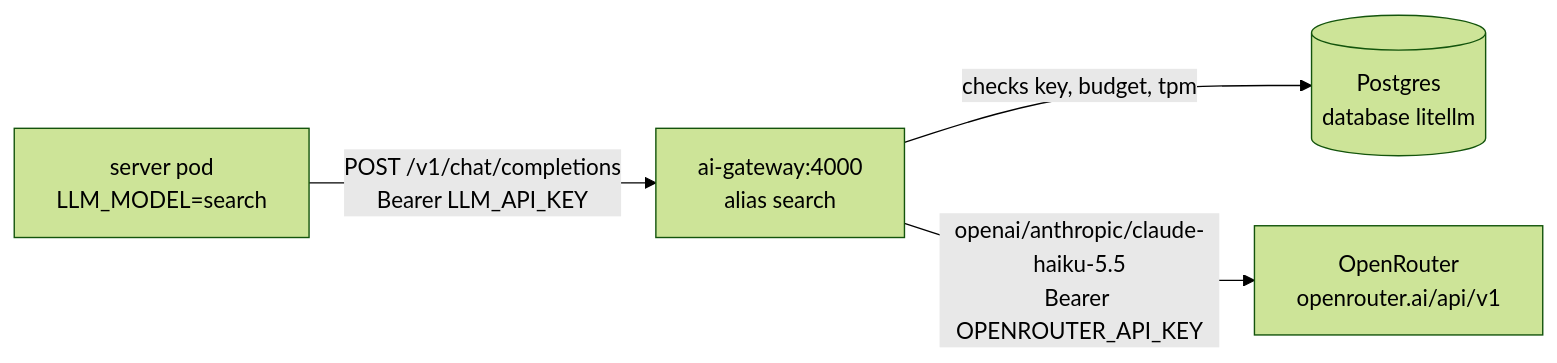
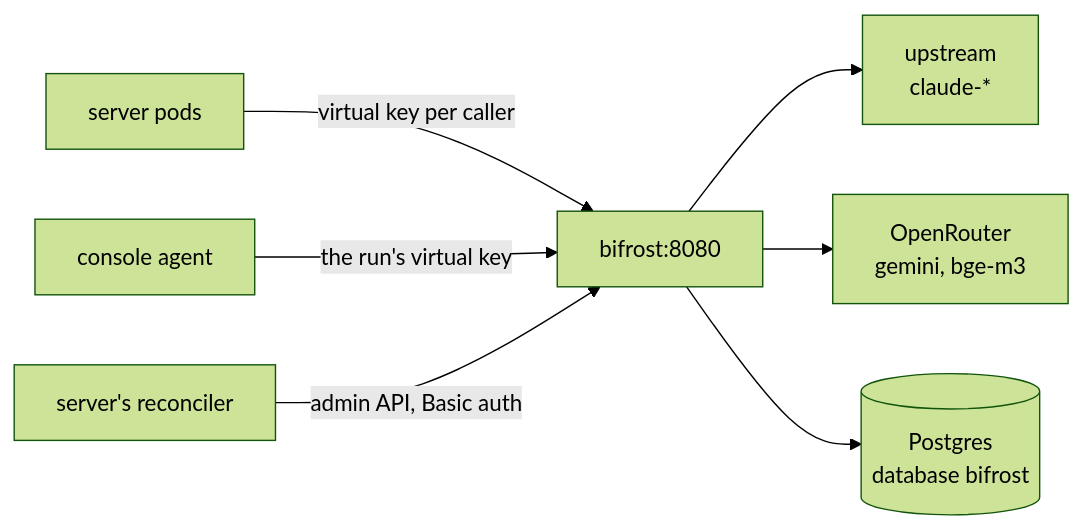
Before and after one commit to shopnexus/docs: the diagram in web/src/content/docs/en/operations/cluster/llm-gateway.mdx, drawn with Mermaid (forest theme). The commit also changed other lines of this file and 1 other file, not shown here.

Commit message:
web: the LLM gateway page describes Bifrost

````diff
--- a/web/src/content/docs/en/operations/cluster/llm-gateway.mdx
+++ b/web/src/content/docs/en/operations/cluster/llm-gateway.mdx
@@ -52,6 +49,9 @@
-```mermaid title="One search query, from the server to the model"
+```mermaid title="Bifrost in a stack"
 flowchart LR
-  server["server pod<br/>LLM_MODEL=search"] -->|"POST /v1/chat/completions<br/>Bearer LLM_API_KEY"| gw["ai-gateway:4000<br/>alias search"]
-  gw -->|"checks key, budget, tpm"| db[("Postgres<br/>database litellm")]
-  gw -->|"openai/anthropic/claude-haiku-5.5<br/>Bearer OPENROUTER_API_KEY"| or["OpenRouter<br/>openrouter.ai/api/v1"]
+  server["server pods"] -->|"virtual key per caller"| bf["bifrost:8080"]
+  agent["console agent"] -->|"the run's virtual key"| bf
+  rec["server's reconciler"] -->|"admin API, Basic auth"| bf
+  bf --> up["upstream<br/>claude-*"]
+  bf --> or["OpenRouter<br/>gemini, bge-m3"]
+  bf --> db[("Postgres<br/>database bifrost")]
 ```
````
